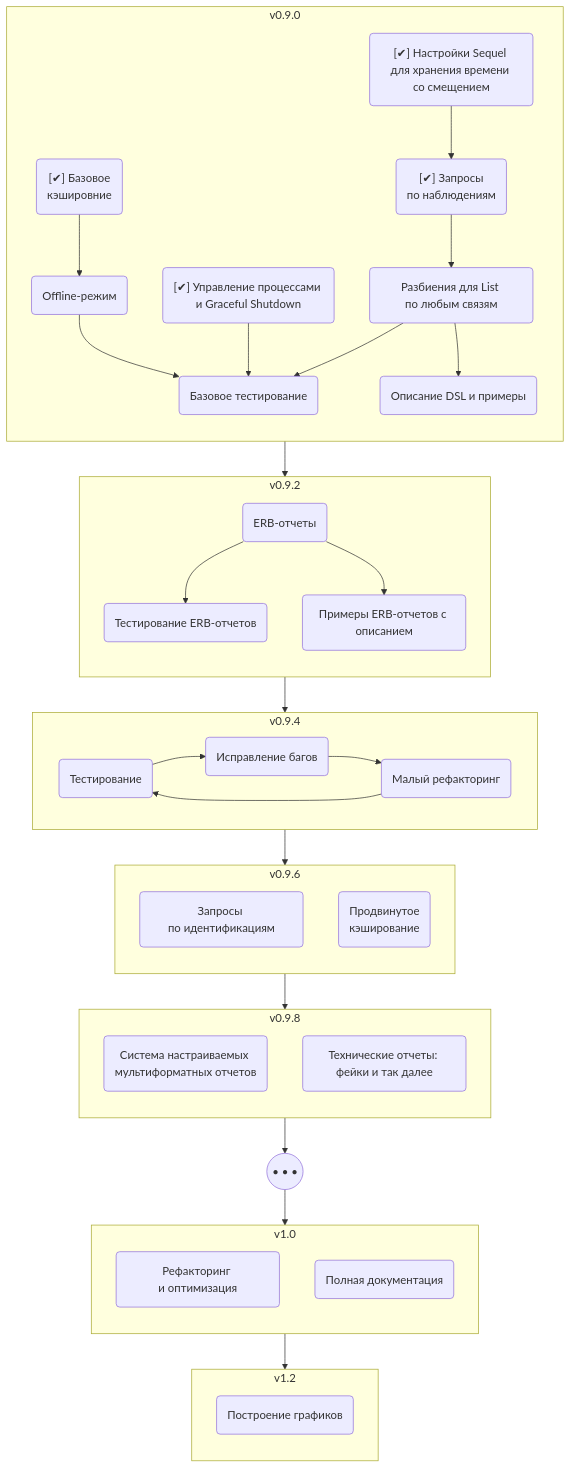
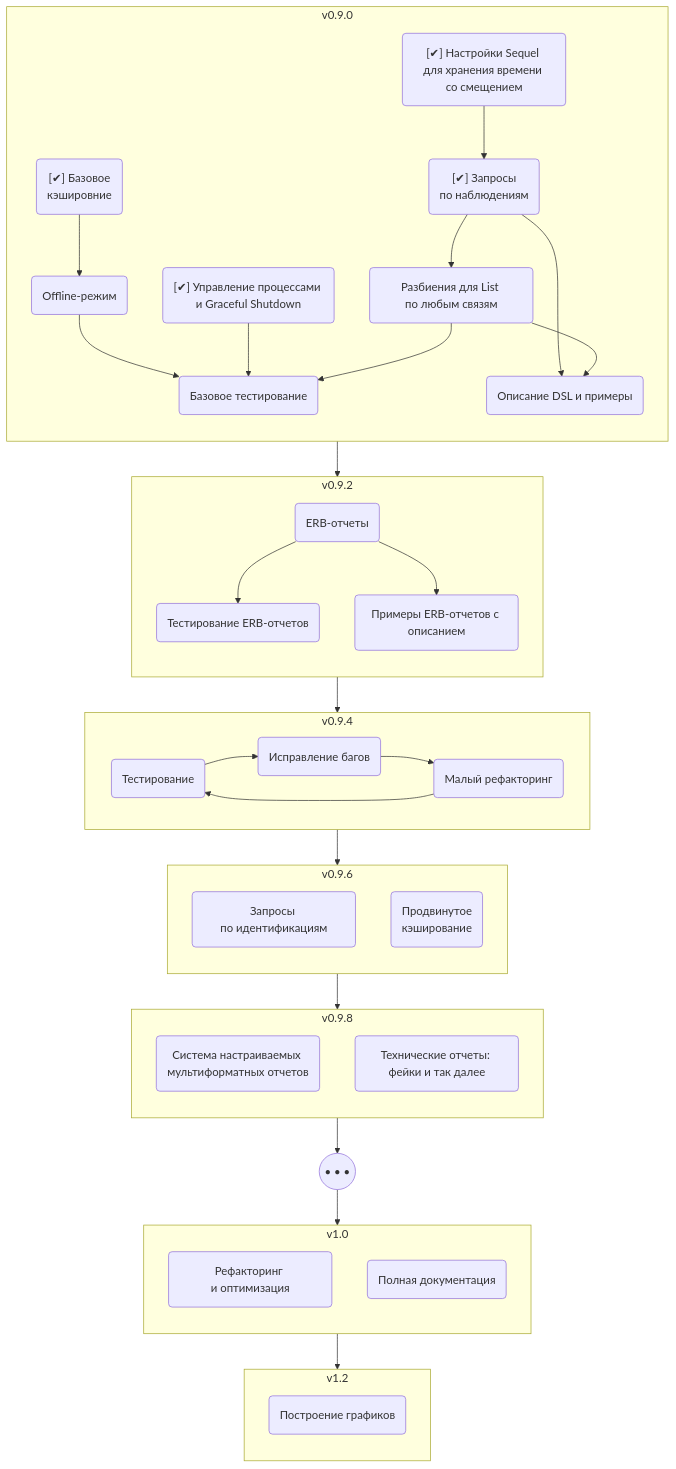
One commit to inat-get/inat-get changed the diagram in share/inat-get/dev-docs/roadmap.md. Above: the diagram before and after it, drawn with Mermaid.

Commit message:
minor in roadmap

````diff
--- a/share/inat-get/dev-docs/roadmap.md
+++ b/share/inat-get/dev-docs/roadmap.md
@@ -2,77 +2,78 @@
 ```mermaid
 flowchart TB
 
   subgraph R090 ["v0.9.0"]
     direction TB
     Timing("[✔] Настройки Sequel для хранения времени со смещением")
     Shutdown("[✔] Управление процессами и Graceful Shutdown")
     Observs("[✔] Запросы<br>по наблюдениям")
     Caching("[✔] Базовое<br>кэшировние")
     Lists("Разбиения для List по любым связям")
     Offline("Offline-режим")
     BaseTesting("Базовое тестирование")
     BaseDoc("Описание DSL и примеры")
   end
 
   subgraph R092 ["v0.9.2"]
     direction TB
     ERB("ERB-отчеты")
     ERBTests("Тестирование ERB-отчетов")
     ERBSamples("Примеры ERB-отчетов с описанием")
   end
 
   subgraph R094 ["v0.9.4"]
     direction LR
     Testing("Тестирование")
     Debugging("Исправление багов")
     Ref1("Малый рефакторинг")
   end
 
   subgraph R096 ["v0.9.6"]
     direction TB
     Idents("Запросы по идентификациям")
     AdvCaching("Продвинутое<br>кэширование")
   end
 
   subgraph R098 ["v0.9.8"]
     direction TB
     Reporting("Система настраиваемых мультиформатных отчетов")
     TechReps("Технические отчеты: фейки и так далее")
   end
 
   Smth(("• • •"))
 
   subgraph R100 ["v1.0"]
     direction TB
     Refactoring("Рефакторинг и оптимизация")
     Documenting("Полная документация")
   end
 
   subgraph R120 ["v1.2"]
     direction TB
     Graphics("Построение графиков")
   end
 
   R090 --> R092
   R092 --> R094
   R094 --> R096
   R096 --> R098
   R098 --> Smth
   Smth --> R100
   R100 --> R120
 
   Timing --> Observs
   Caching --> Offline
   Offline --> BaseTesting
   Shutdown --> BaseTesting
   Observs --> Lists
+  Observs --> BaseDoc
   Lists --> BaseTesting
   Lists --> BaseDoc
 
   ERB --> ERBTests
   ERB --> ERBSamples
 
   Testing --> Debugging
   Debugging --> Ref1
   Ref1 --> Testing
 ```
````
